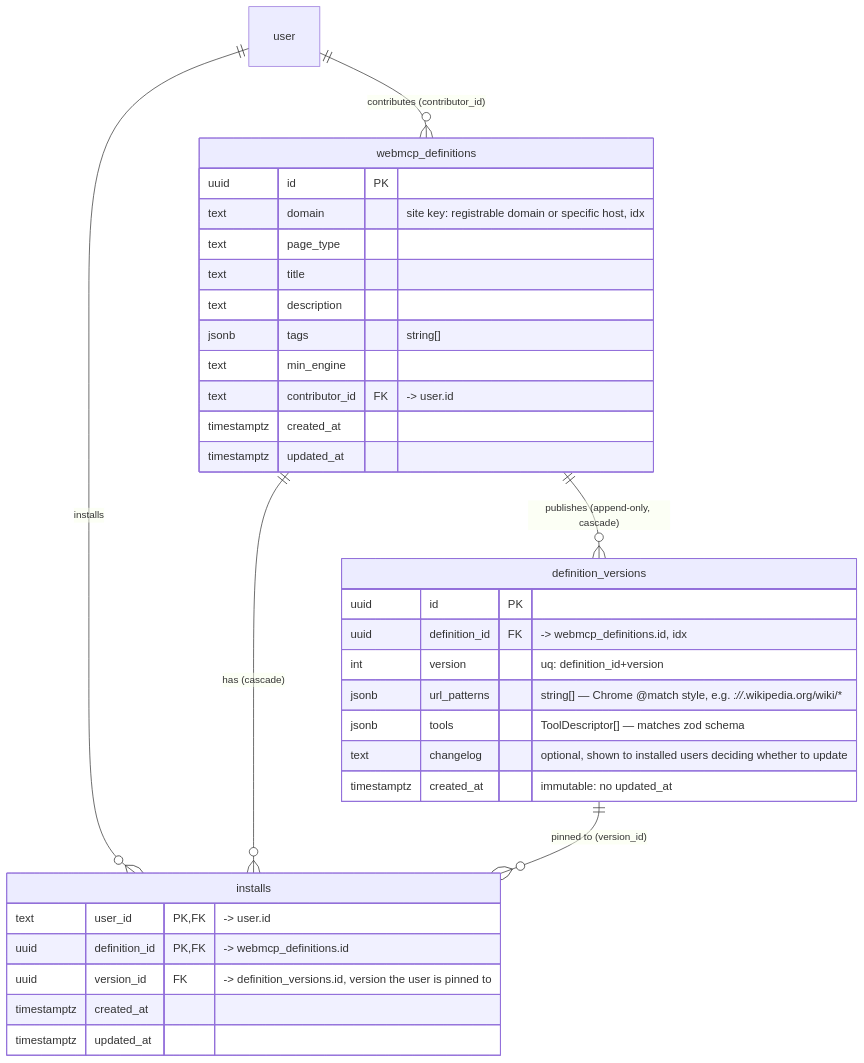
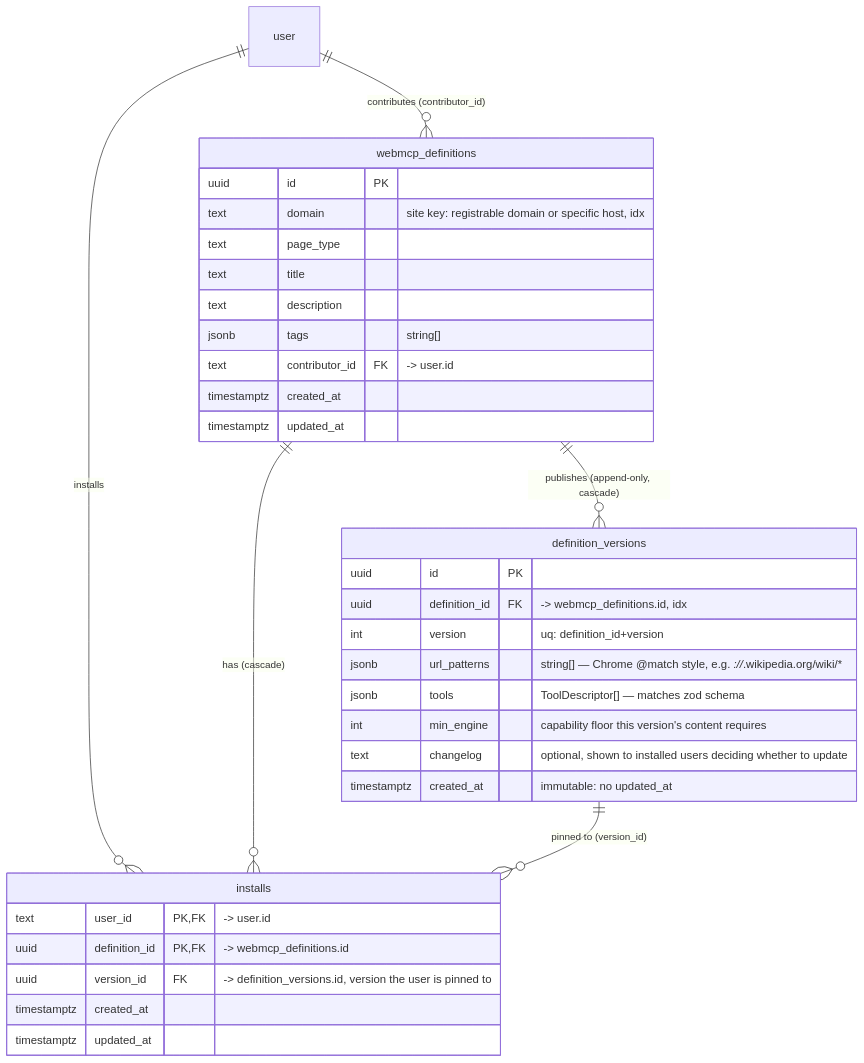
Before and after one commit to robertn702/webmcp-today: the first of 2 diagrams in docs/erd.md, drawn with Mermaid. The commit also changed other lines of this file and 12 other files, not shown here.

First line of the commit message:
feat(schema)!: minEngine as version-scoped integer capability level

````diff
--- a/docs/erd.md
+++ b/docs/erd.md
@@ -11,39 +11,39 @@
 ```mermaid
 erDiagram
     user ||--o{ webmcp_definitions : "contributes (contributor_id)"
     user ||--o{ installs : installs
     webmcp_definitions ||--o{ definition_versions : "publishes (append-only, cascade)"
     webmcp_definitions ||--o{ installs : "has (cascade)"
     definition_versions ||--o{ installs : "pinned to (version_id)"
 
     webmcp_definitions {
         uuid id PK
         text domain "site key: registrable domain or specific host, idx"
         text page_type
         text title
         text description
         jsonb tags "string[]"
-        text min_engine
         text contributor_id FK "-> user.id"
         timestamptz created_at
         timestamptz updated_at
     }
 
     definition_versions {
         uuid id PK
         uuid definition_id FK "-> webmcp_definitions.id, idx"
         int version "uq: definition_id+version"
         jsonb url_patterns "string[] — Chrome @match style, e.g. *://*.wikipedia.org/wiki/*"
         jsonb tools "ToolDescriptor[] — matches zod schema"
+        int min_engine "capability floor this version's content requires"
         text changelog "optional, shown to installed users deciding whether to update"
         timestamptz created_at "immutable: no updated_at"
     }
 
     installs {
         text user_id PK,FK "-> user.id"
         uuid definition_id PK,FK "-> webmcp_definitions.id"
         uuid version_id FK "-> definition_versions.id, version the user is pinned to"
         timestamptz created_at
         timestamptz updated_at
     }
 ```
````
